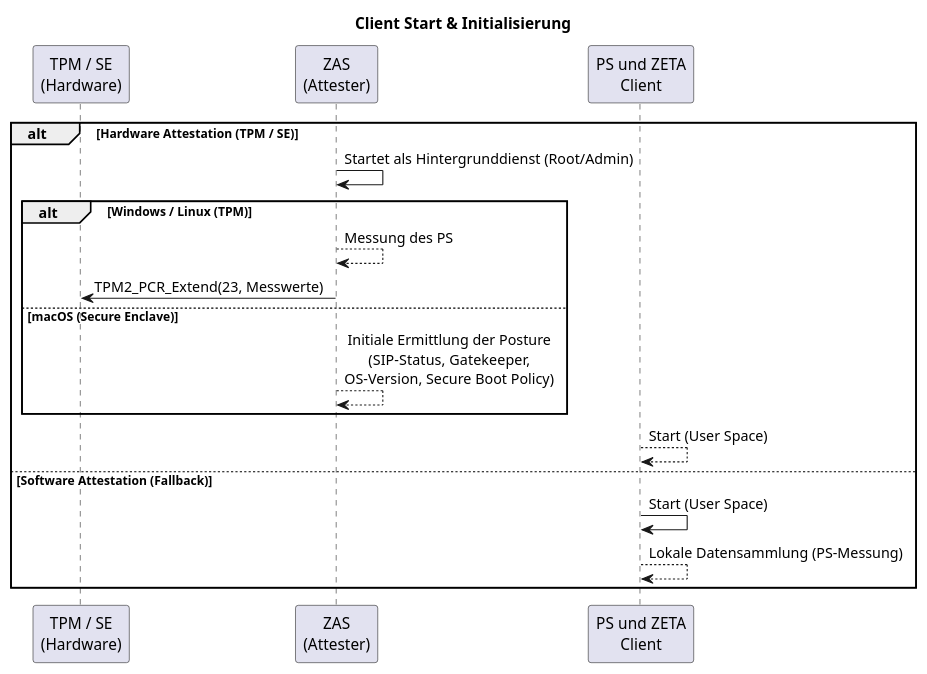
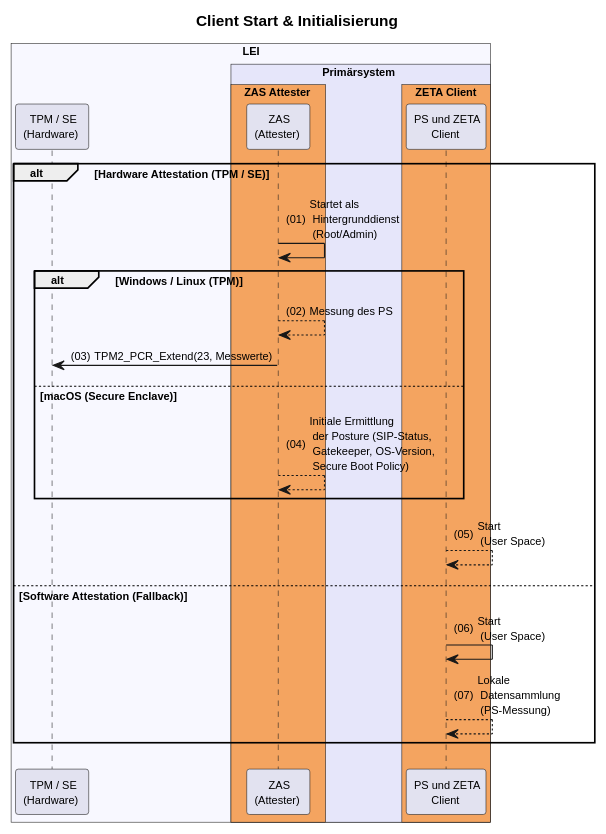
Before and after one commit to gematik/zeta: the diagram in src/plantuml/tmp/attestation-flows/client-start.puml, drawn with PlantUML. The commit also changed 1 other file, not shown here.

Commit message:
enhance stylesheet of client-start.puml

```diff
--- a/src/plantuml/tmp/attestation-flows/client-start.puml
+++ b/src/plantuml/tmp/attestation-flows/client-start.puml
@@ -1,26 +1,44 @@
 @startuml "client-start"
-skinparam sequenceMessageAlign center
+autonumber "(00)"
+skinparam defaultFontSize 10
+skinparam defaultFontName Helvetica
+skinparam DefaultMonospacedFontName Courier
+skinparam lengthAdjust none
+skinparam sequenceReferenceBackgroundColor White
+skinparam SequenceReferenceFontSize 12
+skinparam sequenceMessageAlign left
+
 title Client Start & Initialisierung
 
-participant "TPM / SE\n(Hardware)" as TPM
-participant "ZAS\n(Attester)" as ZAS
-participant "PS und ZETA\nClient" as Client
+!pragma teoz true
+
+box "LEI" #GhostWhite
+  participant "TPM / SE\n(Hardware)" as TPM
+  box "Primärsystem" #Lavender
+        box "ZAS Attester" #SandyBrown
+        participant "ZAS\n(Attester)" as ZAS
+    end box
+    box "ZETA Client" #SandyBrown
+        participant "PS und ZETA\nClient" as Client
+    end box    
+  end box
+end box
 
 alt Hardware Attestation (TPM / SE)
-    ZAS -> ZAS: Startet als Hintergrunddienst (Root/Admin)
+    ZAS -> ZAS: Startet als\n Hintergrunddienst\n (Root/Admin)
     
     alt Windows / Linux (TPM)
         ZAS --> ZAS: Messung des PS
         ZAS -> TPM: TPM2_PCR_Extend(23, Messwerte)
     else macOS (Secure Enclave)
-        ZAS --> ZAS: Initiale Ermittlung der Posture\n(SIP-Status, Gatekeeper,\nOS-Version, Secure Boot Policy)
+        ZAS --> ZAS: Initiale Ermittlung\n der Posture (SIP-Status,\n Gatekeeper, OS-Version,\n Secure Boot Policy)
     end
     
-    Client --> Client: Start (User Space)
+    Client --> Client: Start \n (User Space)
 
 else Software Attestation (Fallback)
-    Client -> Client: Start (User Space)
-    Client --> Client: Lokale Datensammlung (PS-Messung)
+    Client -> Client: Start \n (User Space)
+    Client --> Client: Lokale \n Datensammlung \n (PS-Messung)
 end
 
 @enduml
```
